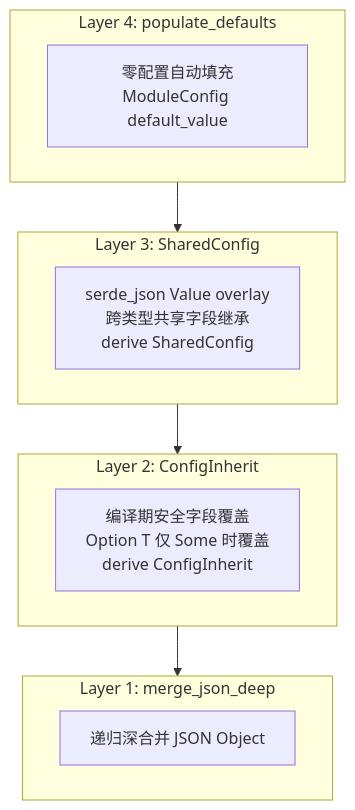
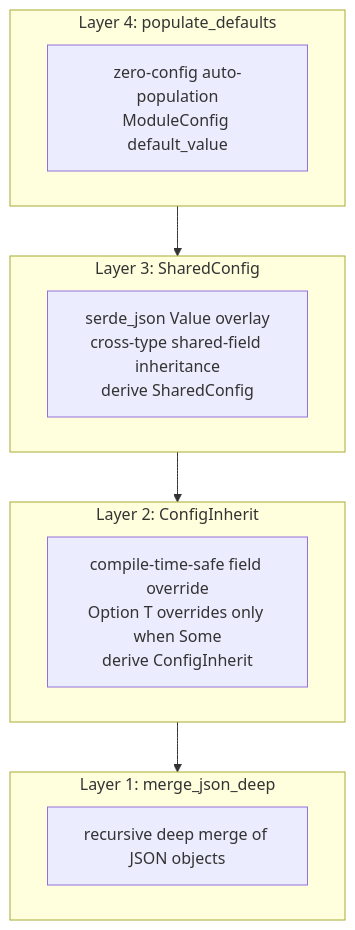
Before and after one commit to Kirky-X/trait-kit: the fourth of 6 diagrams in docs/en/ARCHITECTURE.md, drawn with Mermaid. The commit also changed other lines of this file and 10 other files, not shown here.

````diff
--- a/docs/en/ARCHITECTURE.md
+++ b/docs/en/ARCHITECTURE.md
@@ -151,20 +151,20 @@
 ```mermaid
 graph TB
     subgraph Layer4["Layer 4: populate_defaults"]
-        L4["零配置自动填充<br/>ModuleConfig default_value"]
+        L4["zero-config auto-population<br/>ModuleConfig default_value"]
     end
 
     subgraph Layer3["Layer 3: SharedConfig"]
-        L3["serde_json Value overlay<br/>跨类型共享字段继承<br/>derive SharedConfig"]
+        L3["serde_json Value overlay<br/>cross-type shared-field inheritance<br/>derive SharedConfig"]
     end
 
     subgraph Layer2["Layer 2: ConfigInherit"]
-        L2["编译期安全字段覆盖<br/>Option T 仅 Some 时覆盖<br/>derive ConfigInherit"]
+        L2["compile-time-safe field override<br/>Option T overrides only when Some<br/>derive ConfigInherit"]
     end
 
     subgraph Layer1["Layer 1: merge_json_deep"]
-        L1["递归深合并 JSON Object"]
+        L1["recursive deep merge of JSON objects"]
     end
 
     Layer4 --> Layer3 --> Layer2 --> Layer1
 ```
````
